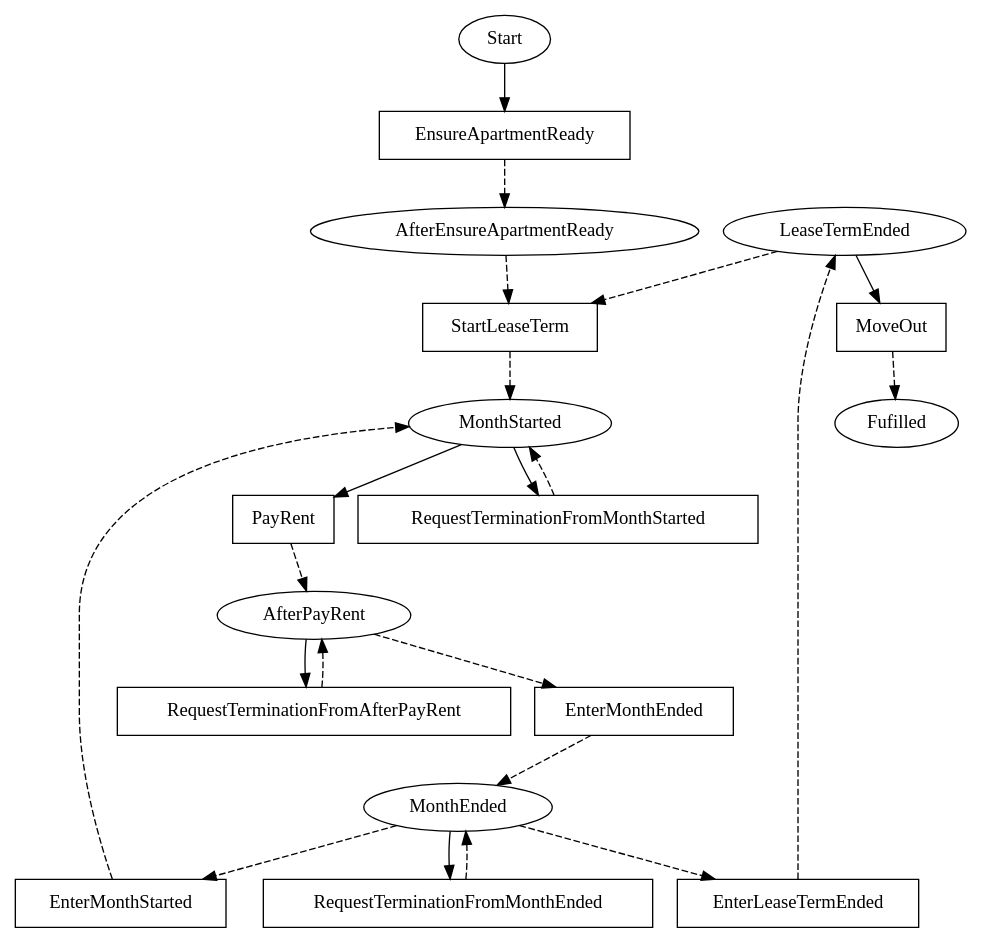
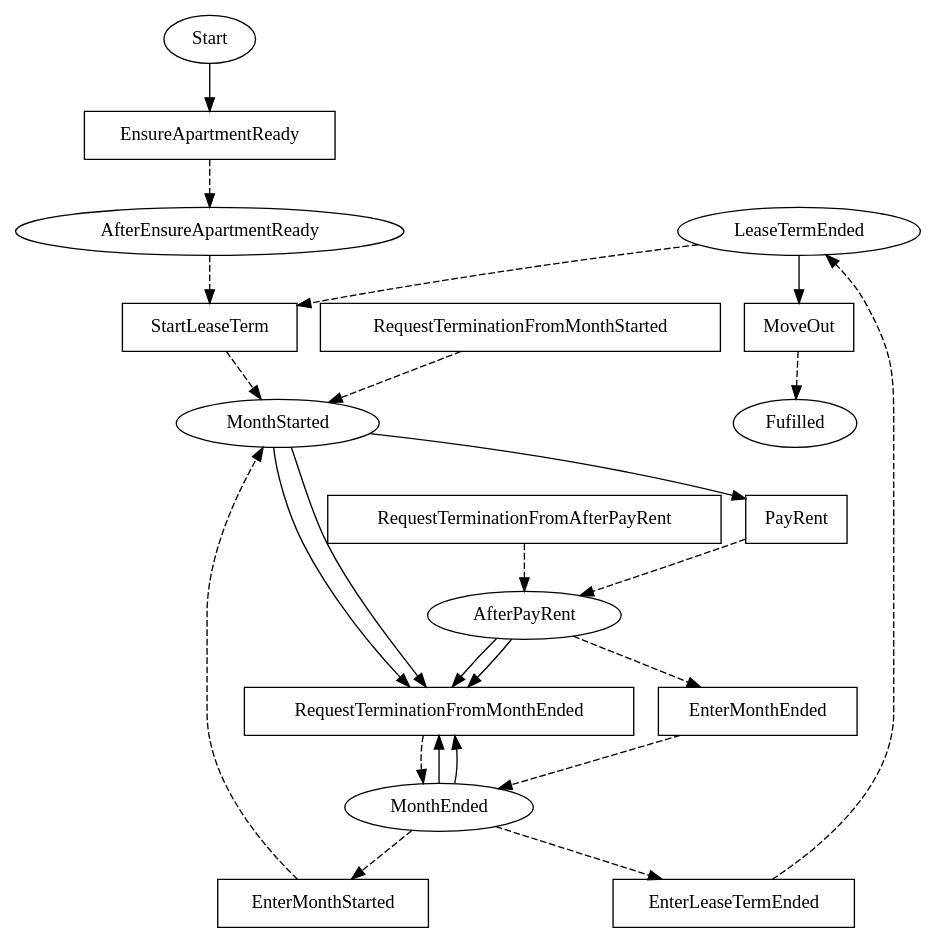
Before and after one commit to Marcao02/complaw-deeptech: the diagram in linear_state_machine_language/pyL4/examples_graphviz_gen/from_academic_lit/hvitved_lease.dot, drawn with Graphviz. The commit also changed 6 other files, not shown here.

```diff
--- a/linear_state_machine_language/pyL4/examples_graphviz_gen/from_academic_lit/hvitved_lease.dot
+++ b/linear_state_machine_language/pyL4/examples_graphviz_gen/from_academic_lit/hvitved_lease.dot
@@ -1,48 +1,51 @@
 // THIS IS A GENERATED FILE. DO NOT EDIT.
 
 digraph Lease_Hvitved {    
     Fulfilled[label=Fufilled];
     Start[label=Start];
 	AfterEnsureApartmentReady[label=AfterEnsureApartmentReady];
 	MonthStarted[label=MonthStarted];
 	AfterPayRent[label=AfterPayRent];
 	MonthEnded[label=MonthEnded];
 	LeaseTermEnded[label=LeaseTermEnded]
     
      
     RequestTerminationFromMonthStarted[label=RequestTerminationFromMonthStarted,shape=box];
 	RequestTerminationFromAfterPayRent[label=RequestTerminationFromAfterPayRent,shape=box];
 	RequestTerminationFromMonthEnded[label=RequestTerminationFromMonthEnded,shape=box];
 	EnsureApartmentReady[label=EnsureApartmentReady,shape=box];
 	StartLeaseTerm[label=StartLeaseTerm,shape=box];
 	EnterMonthStarted[label=EnterMonthStarted,shape=box];
 	PayRent[label=PayRent,shape=box];
 	EnterMonthEnded[label=EnterMonthEnded,shape=box];
 	EnterLeaseTermEnded[label=EnterLeaseTermEnded,shape=box];
 	MoveOut[label=MoveOut,shape=box]    
     
     
     
     Start -> EnsureApartmentReady;
 	AfterEnsureApartmentReady -> StartLeaseTerm [style=dashed];
 	MonthStarted -> PayRent;
-	MonthStarted -> RequestTerminationFromMonthStarted;
+	MonthStarted -> RequestTerminationFromMonthEnded;
+	MonthStarted -> RequestTerminationFromMonthEnded;
 	AfterPayRent -> EnterMonthEnded [style=dashed];
-	AfterPayRent -> RequestTerminationFromAfterPayRent;
+	AfterPayRent -> RequestTerminationFromMonthEnded;
+	AfterPayRent -> RequestTerminationFromMonthEnded;
 	MonthEnded -> EnterLeaseTermEnded [style=dashed];
 	MonthEnded -> EnterMonthStarted [style=dashed];
+	MonthEnded -> RequestTerminationFromMonthEnded;
 	MonthEnded -> RequestTerminationFromMonthEnded;
 	LeaseTermEnded -> MoveOut;
 	LeaseTermEnded -> StartLeaseTerm [style=dashed]
     
     RequestTerminationFromMonthStarted -> MonthStarted [style=dashed];
 	RequestTerminationFromAfterPayRent -> AfterPayRent [style=dashed];
 	RequestTerminationFromMonthEnded -> MonthEnded [style=dashed];
 	EnsureApartmentReady -> AfterEnsureApartmentReady [style=dashed];
 	StartLeaseTerm -> MonthStarted [style=dashed];
 	EnterMonthStarted -> MonthStarted [style=dashed];
 	PayRent -> AfterPayRent [style=dashed];
 	EnterMonthEnded -> MonthEnded [style=dashed];
 	EnterLeaseTermEnded -> LeaseTermEnded [style=dashed];
 	MoveOut -> Fulfilled [style=dashed]        
 }
```
